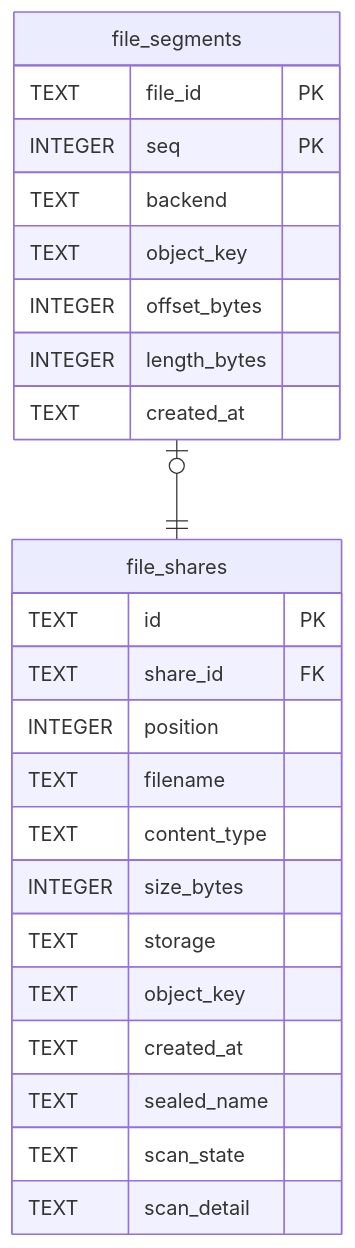
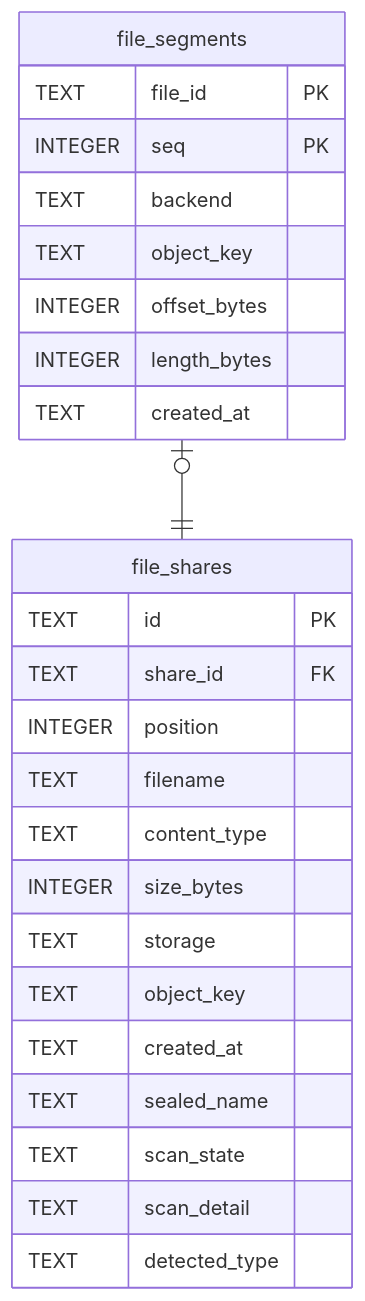
One commit to Limatura/tessera changed the diagram in docs/schema/file_segments.md. Above: the diagram before and after it, drawn with Mermaid. The commit also changed 32 other files, not shown here.

````diff
--- a/docs/schema/file_segments.md
+++ b/docs/schema/file_segments.md
@@ -60,29 +60,30 @@
 ```mermaid
 erDiagram
 
 "file_segments" |o--|| "file_shares" : ""
 
 "file_segments" {
   TEXT file_id PK
   INTEGER seq PK
   TEXT backend
   TEXT object_key
   INTEGER offset_bytes
   INTEGER length_bytes
   TEXT created_at
 }
 "file_shares" {
   TEXT id PK
   TEXT share_id FK
   INTEGER position
   TEXT filename
   TEXT content_type
   INTEGER size_bytes
   TEXT storage
   TEXT object_key
   TEXT created_at
   TEXT sealed_name
   TEXT scan_state
   TEXT scan_detail
+  TEXT detected_type
 }
 ```
````
